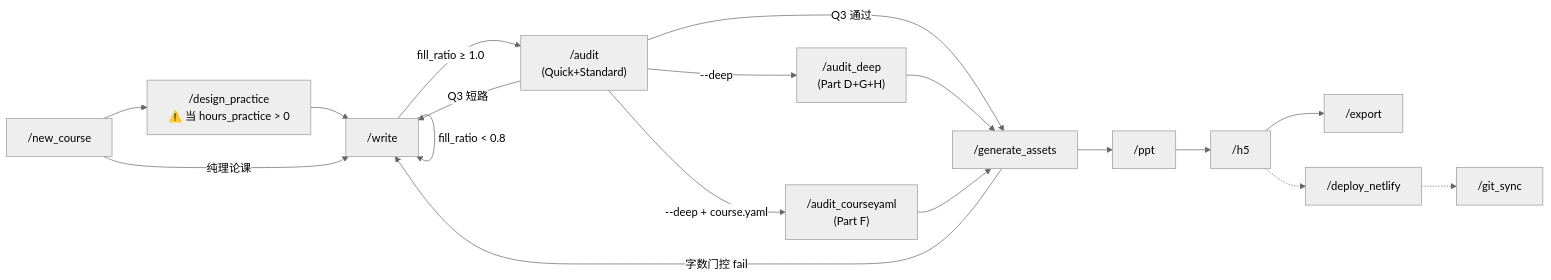
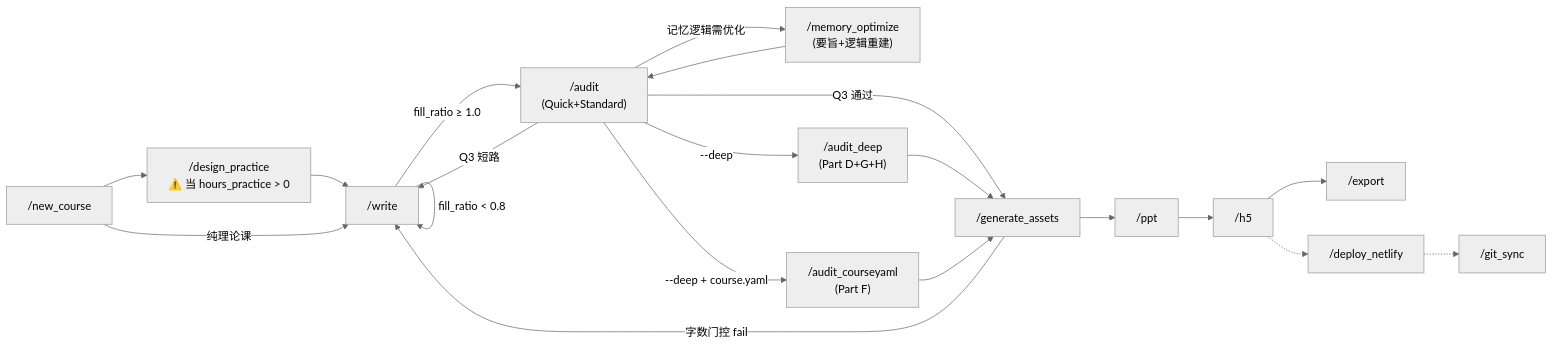
Before and after one commit to carllx/courseware-agent: the diagram in .agent/INDEX.md, drawn with Mermaid (neutral theme). The commit also changed other lines of this file and 1001 other files, not shown here.

````diff
--- a/.agent/INDEX.md
+++ b/.agent/INDEX.md
@@ -60,20 +60,22 @@
 ```mermaid
 graph LR
     A["/new_course"] --> DP["/design_practice<br/>⚠️ 当 hours_practice > 0"]
     DP --> B["/write"]
     A -->|"纯理论课"| B
     B -->|"fill_ratio ≥ 1.0"| C["/audit<br/>(Quick+Standard)"]
     B -->|"fill_ratio < 0.8"| B
     C -->|"Q3 短路"| B
+    C -->|"记忆逻辑需优化"| MO["/memory_optimize<br/>(要旨+逻辑重建)"]
+    MO --> C
     C -->|"--deep"| C2["/audit_deep<br/>(Part D+G+H)"]
     C -->|"--deep + course.yaml"| C3["/audit_courseyaml<br/>(Part F)"]
     C -->|"Q3 通过"| D["/generate_assets"]
     C2 --> D
     C3 --> D
     D -->|"字数门控 fail"| B
     D --> E["/ppt"]
     E --> F["/h5"]
     F --> G["/export"]
     F -.-> H["/deploy_netlify"]
     H -.-> I["/git_sync"]
 ```
````
